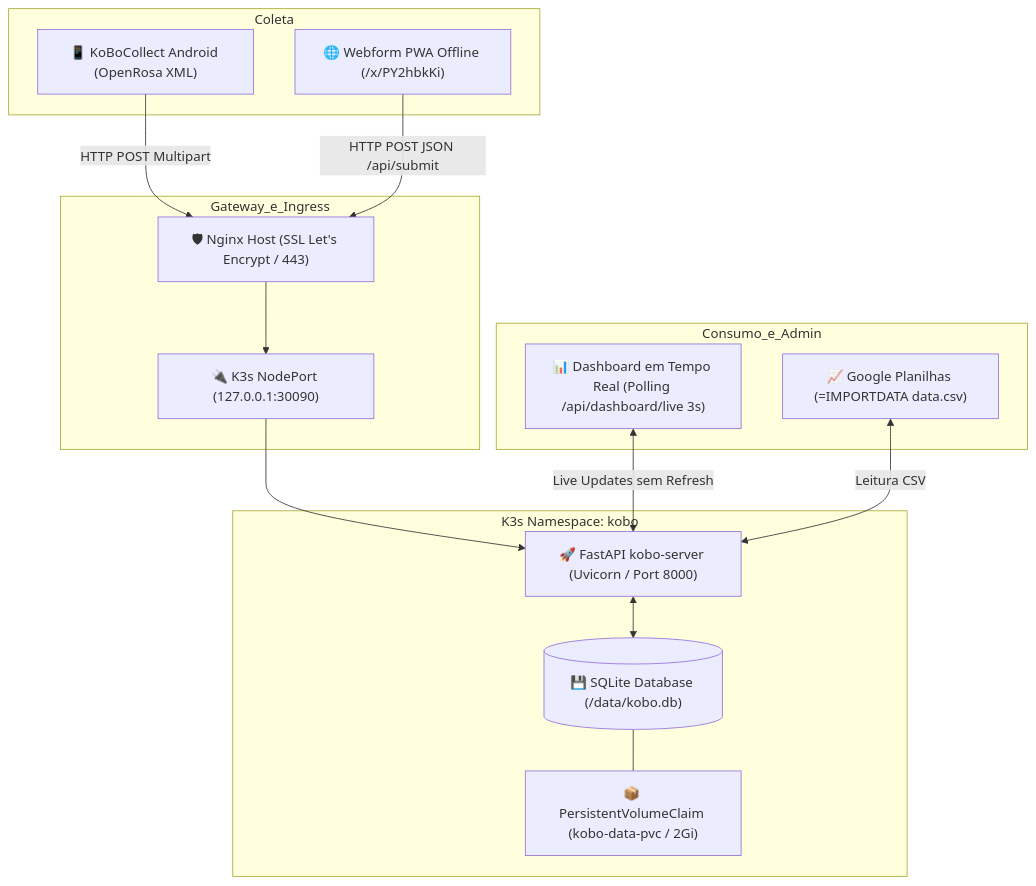
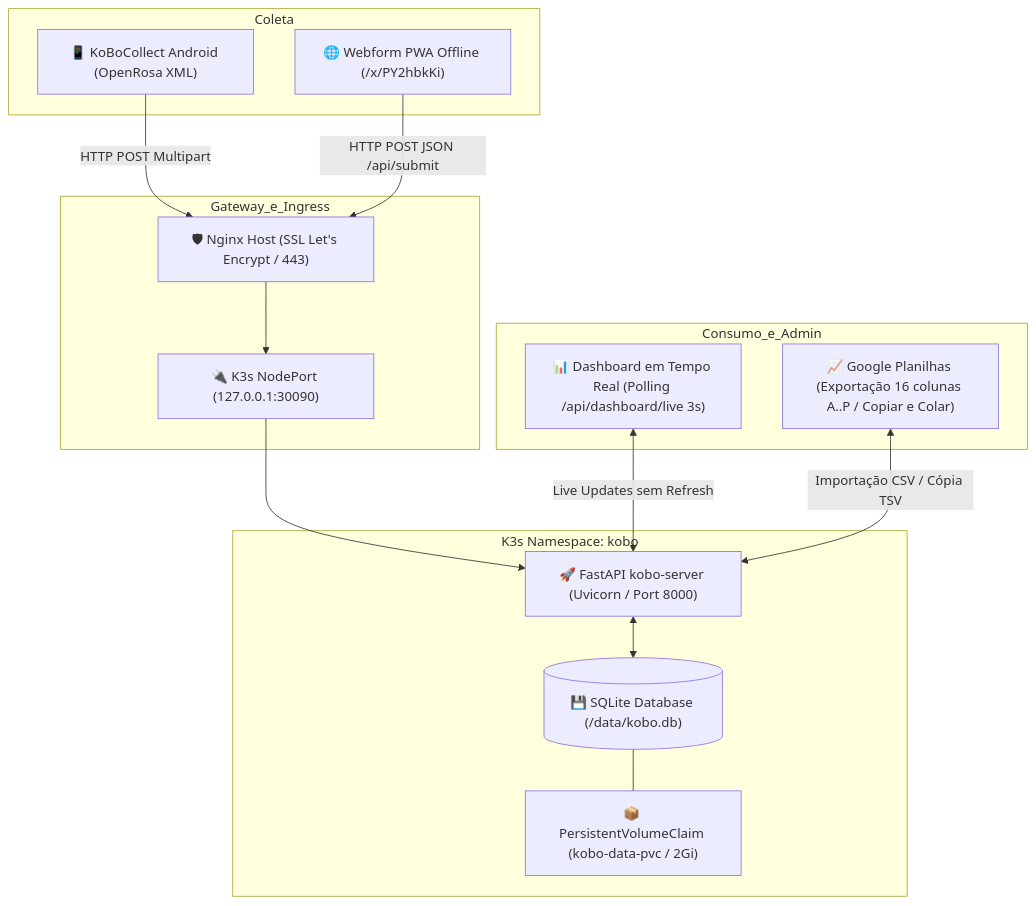
The diagram in README.md (gabrielcjr/k8s-kobo), drawn with Mermaid before and after one commit. The commit also changed other lines of this file and 7 other files, not shown here.

````diff
--- a/README.md
+++ b/README.md
@@ -33,31 +33,31 @@
 ```mermaid
 flowchart TD
     subgraph Coleta
         M1["📱 KoBoCollect Android (OpenRosa XML)"]
         M2["🌐 Webform PWA Offline (/x/PY2hbkKi)"]
     end
 
     subgraph Gateway_e_Ingress
         NGINX["🛡 Nginx Host (SSL Let's Encrypt / 443)"]
         NP["🔌 K3s NodePort (127.0.0.1:30090)"]
     end
 
     subgraph K3s_Pod["K3s Namespace: kobo"]
         APP["🚀 FastAPI kobo-server (Uvicorn / Port 8000)"]
         DB[("💾 SQLite Database (/data/kobo.db)")]
         PVC["📦 PersistentVolumeClaim (kobo-data-pvc / 2Gi)"]
     end
 
     subgraph Consumo_e_Admin
         DASH["📊 Dashboard em Tempo Real (Polling /api/dashboard/live 3s)"]
-        SHEETS["📈 Google Planilhas (=IMPORTDATA data.csv)"]
+        SHEETS["📈 Google Planilhas (Exportação 16 colunas A..P / Copiar e Colar)"]
     end
 
     M1 -->|HTTP POST Multipart| NGINX
     M2 -->|HTTP POST JSON /api/submit| NGINX
     NGINX --> NP --> APP
     APP <--> DB
     DB --- PVC
     DASH <-->|Live Updates sem Refresh| APP
-    SHEETS <-->|Leitura CSV| APP
+    SHEETS <-->|Importação CSV / Cópia TSV| APP
 ```
````
